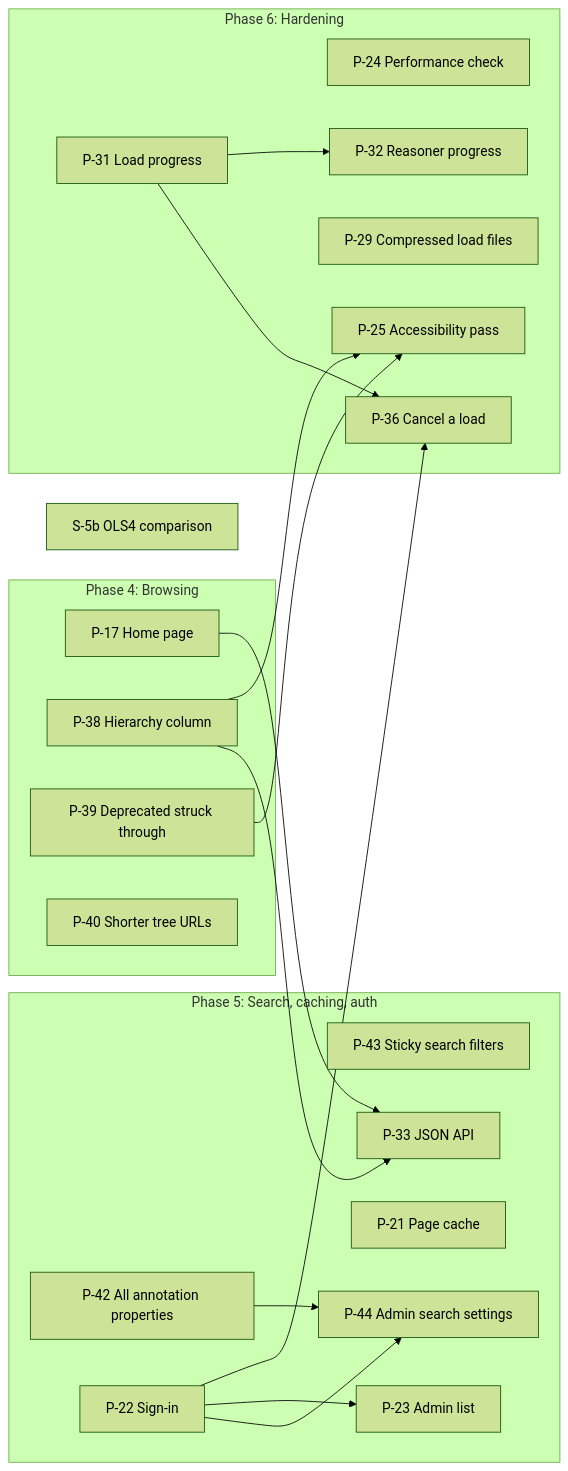
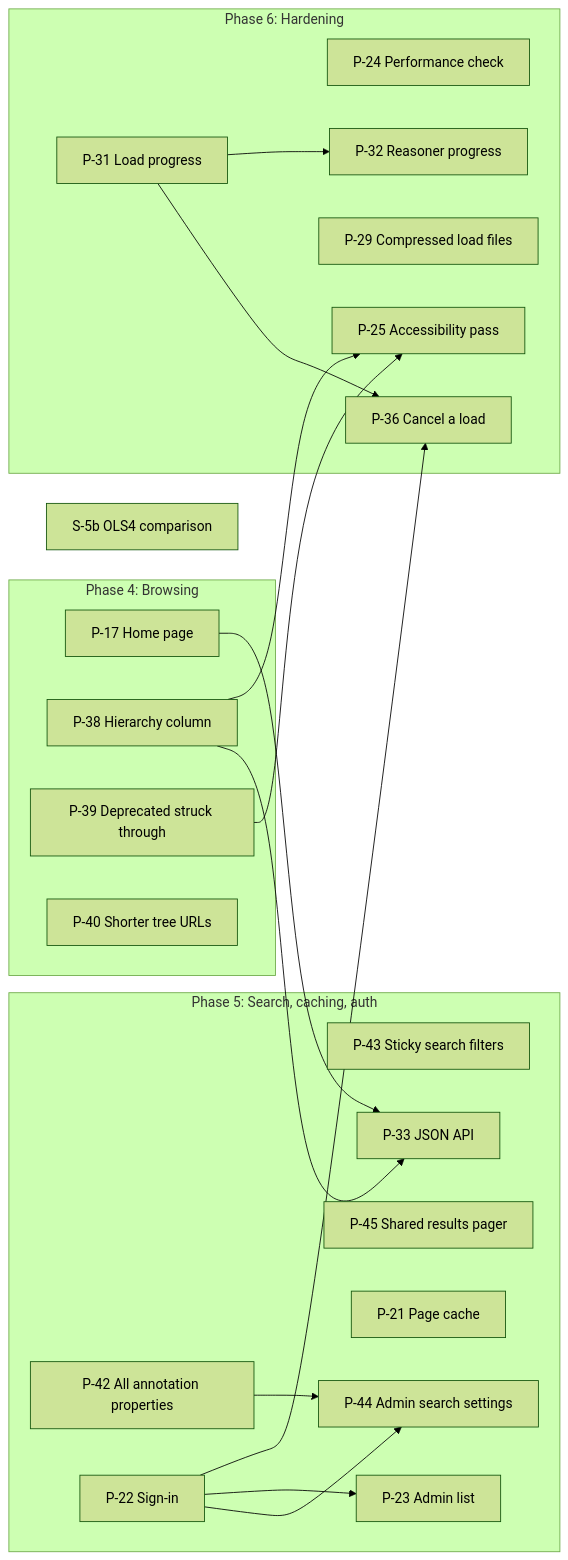
One commit to jclerman/browl changed the diagram in docs/DESIGN.md. Above: the diagram before and after it, drawn with Mermaid (forest theme). The commit also changed other lines of this file, not shown here.

Commit message:
Design: P-45, a shared results pager, with search results counted up to a cap (#139)

````diff
--- a/docs/DESIGN.md
+++ b/docs/DESIGN.md
@@ -1812,34 +1814,35 @@
 ```mermaid
 flowchart LR
     subgraph P4["Phase 4: Browsing"]
         P17["P-17 Home page"]
         P38["P-38 Hierarchy column"]
         P39["P-39 Deprecated struck through"]
         P40["P-40 Shorter tree URLs"]
     end
     subgraph P5["Phase 5: Search, caching, auth"]
         P42["P-42 All annotation properties"]
         P43["P-43 Sticky search filters"]
         P44["P-44 Admin search settings"]
+        P45["P-45 Shared results pager"]
         P21["P-21 Page cache"]
         P22["P-22 Sign-in"]
         P23["P-23 Admin list"]
         P33["P-33 JSON API"]
     end
     subgraph P6["Phase 6: Hardening"]
         P24["P-24 Performance check"]
         P25["P-25 Accessibility pass"]
         P29["P-29 Compressed load files"]
         P31["P-31 Load progress"]
         P32["P-32 Reasoner progress"]
         P36["P-36 Cancel a load"]
     end
     S5b["S-5b OLS4 comparison"]
 
     P17 & P38 --> P33
     P38 & P39 --> P25
     P22 & P42 --> P44
     P22 --> P23
     P22 & P31 --> P36
     P31 --> P32
 ```
````
